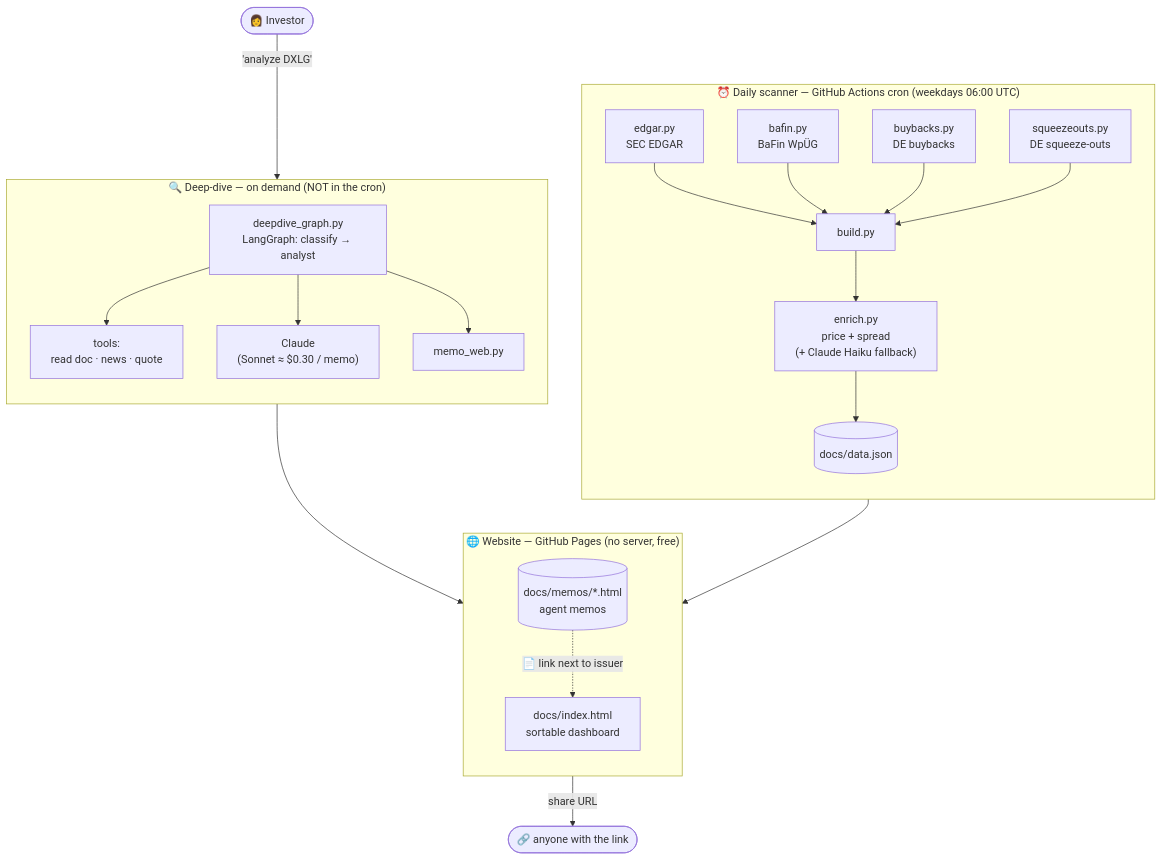
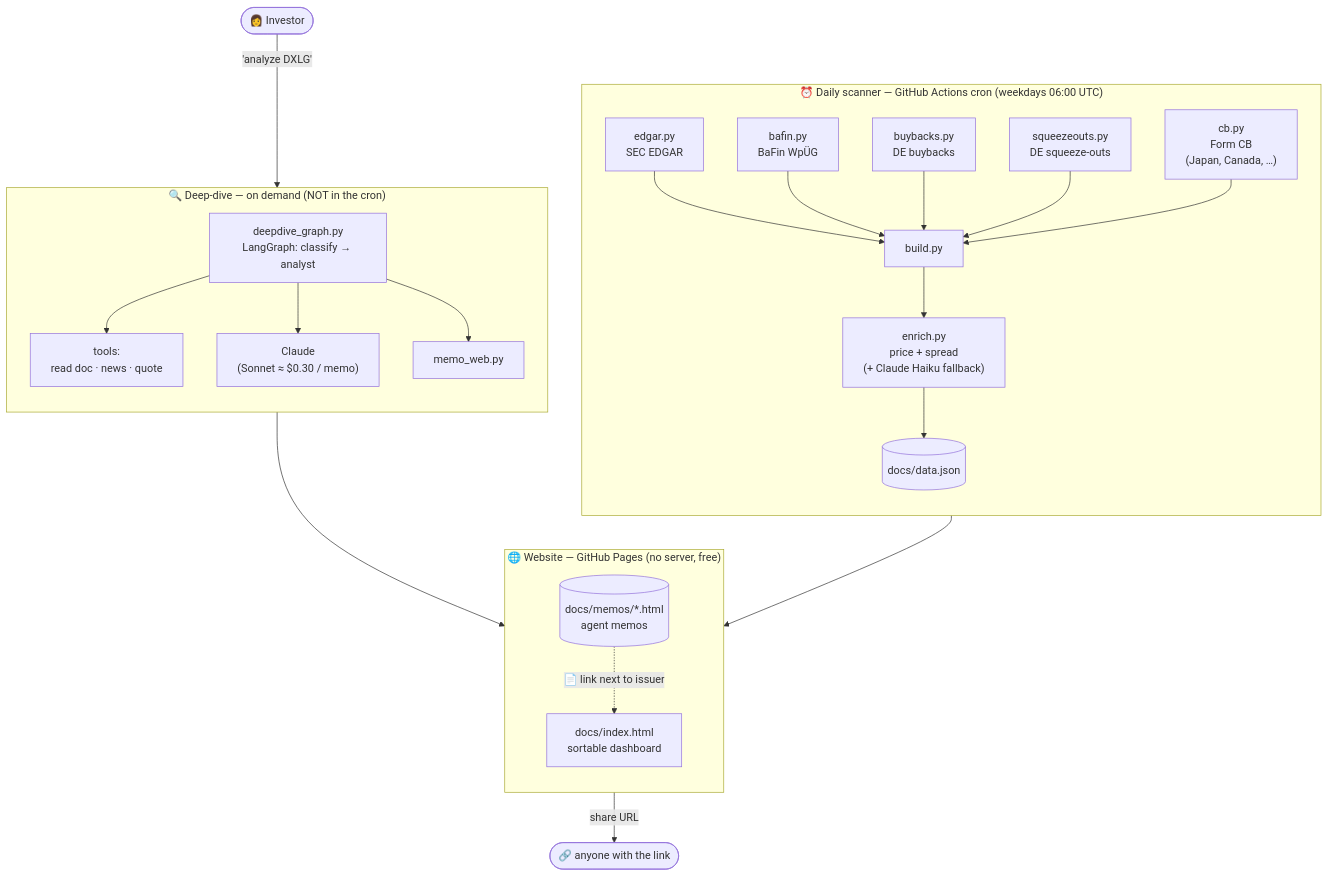
The diagram in README.md (leyremt/corp-actions-scanner), drawn with Mermaid before and after one commit. The commit also changed other lines of this file and 4 other files, not shown here.

````diff
--- a/README.md
+++ b/README.md
@@ -11,34 +11,35 @@
 ```mermaid
 flowchart TB
     USER(["👩 Investor"])
 
     subgraph SCAN["⏰ Daily scanner — GitHub Actions cron (weekdays 06:00 UTC)"]
         direction TB
         S1["edgar.py<br/>SEC EDGAR"] --> B["build.py"]
         S2["bafin.py<br/>BaFin WpÜG"] --> B
         S3["buybacks.py<br/>DE buybacks"] --> B
         S4["squeezeouts.py<br/>DE squeeze-outs"] --> B
+        S5["cb.py<br/>Form CB<br/>(Japan, Canada, …)"] --> B
         B --> E["enrich.py<br/>price + spread<br/>(+ Claude Haiku fallback)"]
         E --> D[("docs/data.json")]
     end
 
     subgraph SITE["🌐 Website — GitHub Pages (no server, free)"]
         direction TB
         DASH["docs/index.html<br/>sortable dashboard"]
         MEMO[("docs/memos/*.html<br/>agent memos")]
         MEMO -. "📄 link next to issuer" .-> DASH
     end
 
     subgraph DIVE["🔍 Deep-dive — on demand (NOT in the cron)"]
         direction TB
         G["deepdive_graph.py<br/>LangGraph: classify → analyst"]
         G --> T["tools:<br/>read doc · news · quote"]
         G --> C["Claude<br/>(Sonnet ≈ $0.30 / memo)"]
         G --> MW["memo_web.py"]
     end
 
     D --> DASH
     MW --> MEMO
     USER -->|"'analyze DXLG'"| G
     DASH -->|"share URL"| PUB(["🔗 anyone with the link"])
 ```
````
